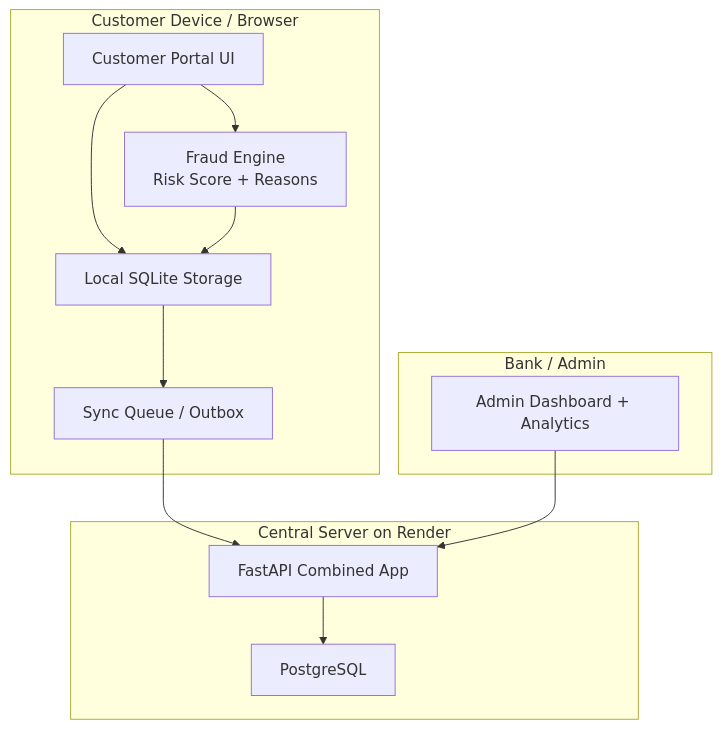
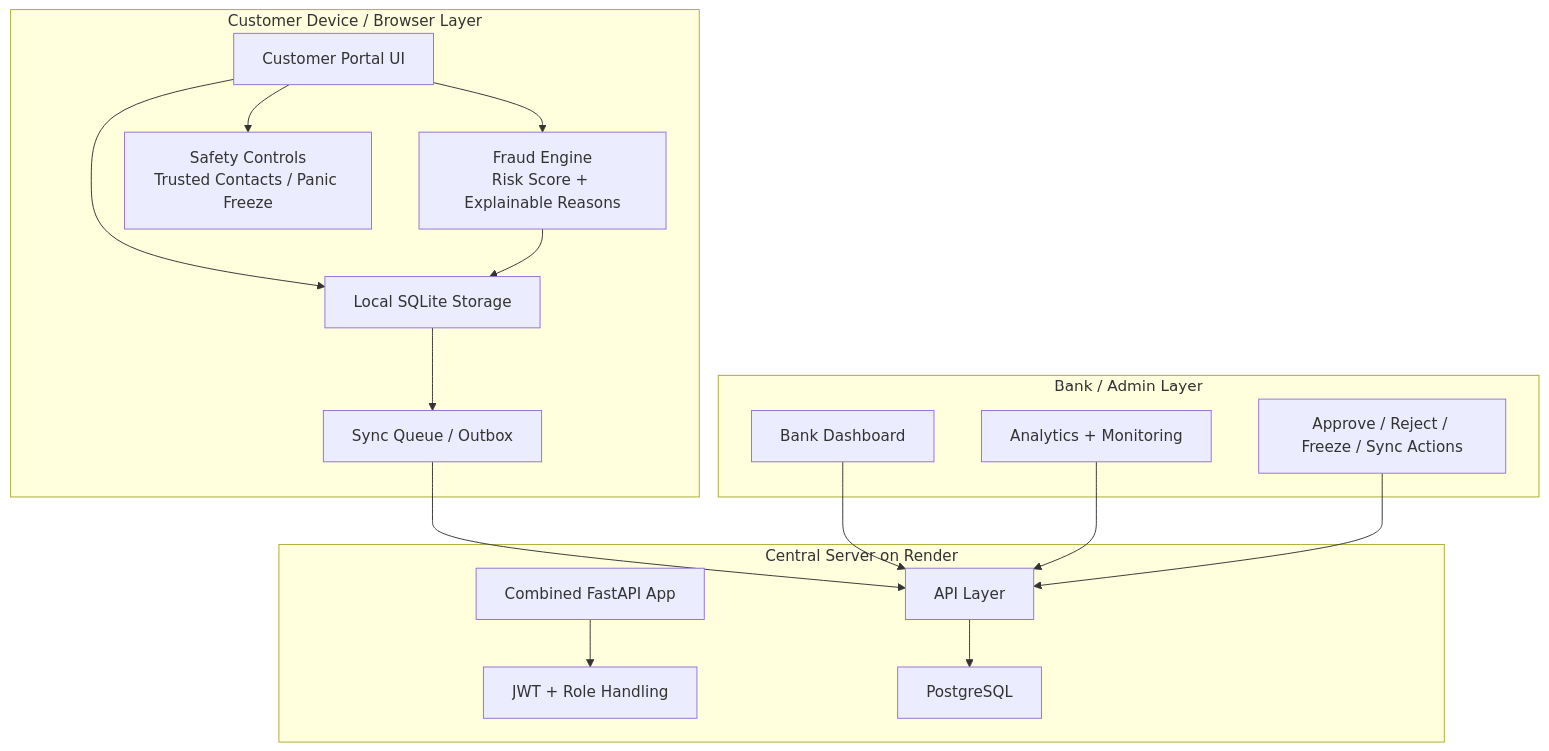
One commit to bhumishah01/CyberShakti-Banking-Framework changed the diagram in docs/GITHUB_WIKI_REPORT/System-Architecture.md. Above: the diagram before and after it, drawn with Mermaid. The commit also changed other lines of this file and 14 other files, not shown here.

````diff
--- a/docs/GITHUB_WIKI_REPORT/System-Architecture.md
+++ b/docs/GITHUB_WIKI_REPORT/System-Architecture.md
@@ -7,26 +7,35 @@
 ```mermaid
 flowchart TB
-  subgraph CustomerSide[Customer Device / Browser]
+  subgraph CustomerSide[Customer Device / Browser Layer]
     UI[Customer Portal UI]
     LocalDB[Local SQLite Storage]
-    Fraud[Fraud Engine\nRisk Score + Reasons]
+    Fraud[Fraud Engine\nRisk Score + Explainable Reasons]
     Outbox[Sync Queue / Outbox]
+    Safety[Safety Controls\nTrusted Contacts / Panic Freeze]
   end
 
-  subgraph BankSide[Bank / Admin]
-    AdminUI[Admin Dashboard + Analytics]
+  subgraph AdminSide[Bank / Admin Layer]
+    AdminUI[Bank Dashboard]
+    Analytics[Analytics + Monitoring]
+    Controls[Approve / Reject / Freeze / Sync Actions]
   end
 
   subgraph Server[Central Server on Render]
-    API[FastAPI Combined App]
+    Combined[Combined FastAPI App]
+    Auth[JWT + Role Handling]
+    API[API Layer]
     PG[PostgreSQL]
   end
 
   UI --> Fraud
   UI --> LocalDB
+  UI --> Safety
   Fraud --> LocalDB
   LocalDB --> Outbox
   Outbox --> API
+  Combined --> Auth
+  API --> PG
   AdminUI --> API
-  API --> PG
+  Analytics --> API
+  Controls --> API
 ```
````
